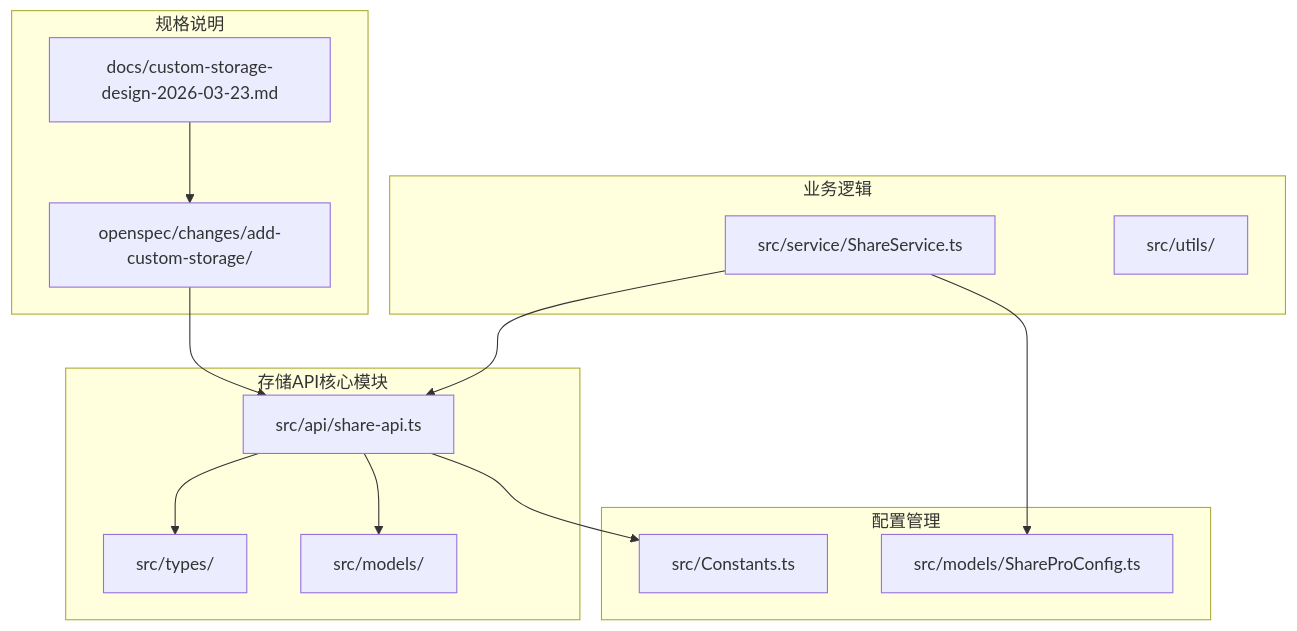
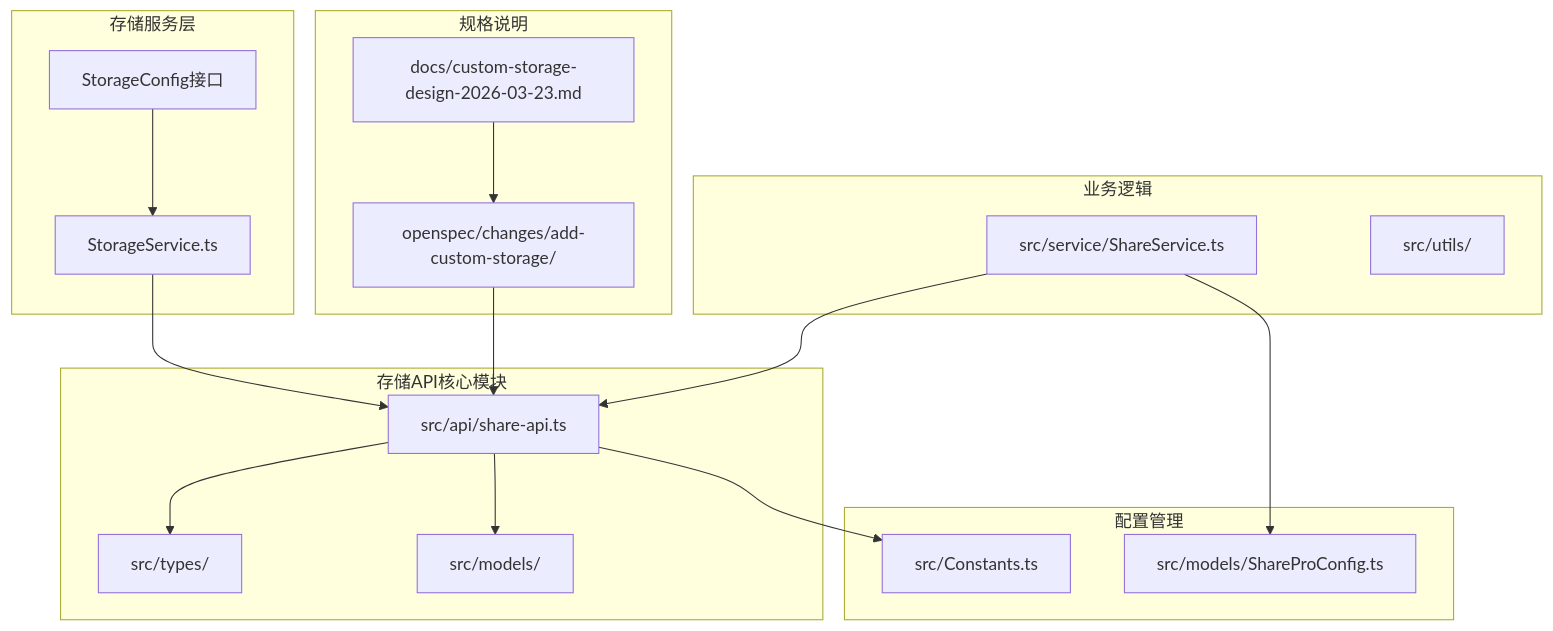
One commit to terwerinc/siyuan-plugin-share-pro changed the first of 7 diagrams in .qoder/repowiki/zh/content/API参考文档/核心API接口/存储API端点.md. Above: the diagram before and after it, drawn with Mermaid. The commit also changed other lines of this file and 6 other files, not shown here.

````diff
--- a/.qoder/repowiki/zh/content/API参考文档/核心API接口/存储API端点.md
+++ b/.qoder/repowiki/zh/content/API参考文档/核心API接口/存储API端点.md
@@ -41,27 +52,33 @@
 ```mermaid
 graph TB
 subgraph "存储API核心模块"
 A[src/api/share-api.ts]
 B[src/types/]
 C[src/models/]
 end
 subgraph "配置管理"
 D[src/Constants.ts]
 E[src/models/ShareProConfig.ts]
 end
 subgraph "业务逻辑"
 F[src/service/ShareService.ts]
 G[src/utils/]
 end
 subgraph "规格说明"
 H[openspec/changes/add-custom-storage/]
 I[docs/custom-storage-design-2026-03-23.md]
 end
+subgraph "存储服务层"
+J[StorageService.ts]
+K[StorageConfig接口]
+end
 A --> B
 A --> C
 A --> D
 F --> A
 F --> E
 H --> A
 I --> H
+J --> A
+K --> J
 ```
````
